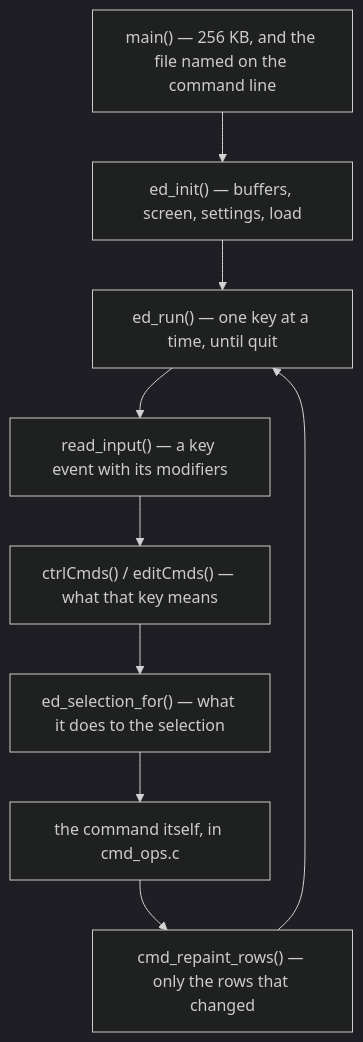
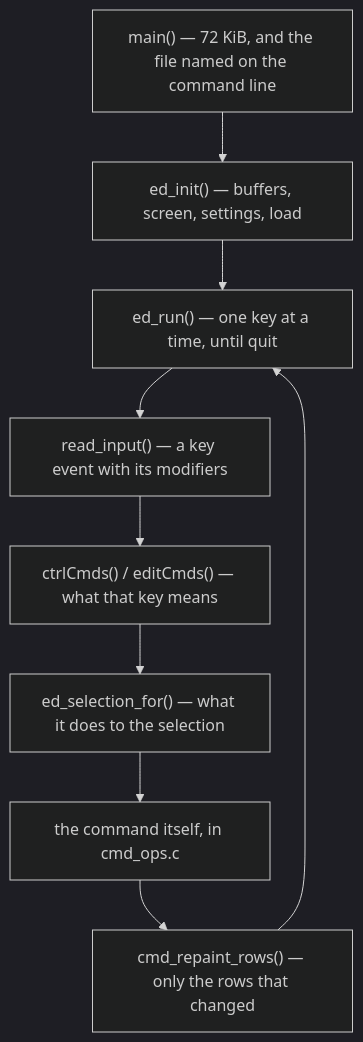
The first of 3 diagrams in docs/DESIGN.md (avalonbits/aed), drawn with Mermaid (dark theme) before and after one commit. The commit also changed other lines of this file and 24 other files, not shown here.

````diff
--- a/docs/DESIGN.md
+++ b/docs/DESIGN.md
@@ -81,11 +99,11 @@
 ```mermaid
 flowchart TD
-    main["main() — 256 KB, and the file named on the command line"] --> init["ed_init() — buffers, screen, settings, load"]
+    main["main() — 72 KiB, and the file named on the command line"] --> init["ed_init() — buffers, screen, settings, load"]
     init --> loop["ed_run() — one key at a time, until quit"]
     loop --> key["read_input() — a key event with its modifiers"]
     key --> mean["ctrlCmds() / editCmds() — what that key means"]
     mean --> sel["ed_selection_for() — what it does to the selection"]
     sel --> cmd["the command itself, in cmd_ops.c"]
     cmd --> paint["cmd_repaint_rows() — only the rows that changed"]
     paint --> loop
 ```
````
